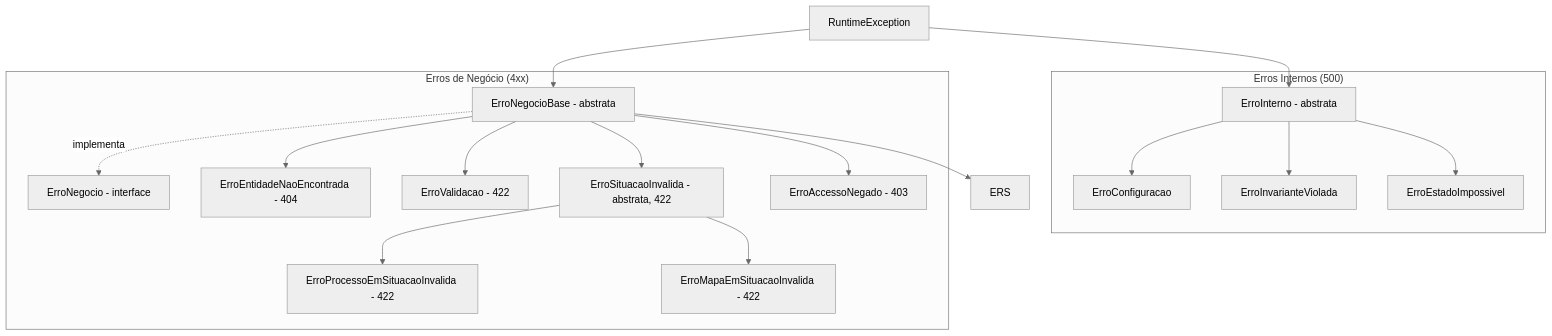
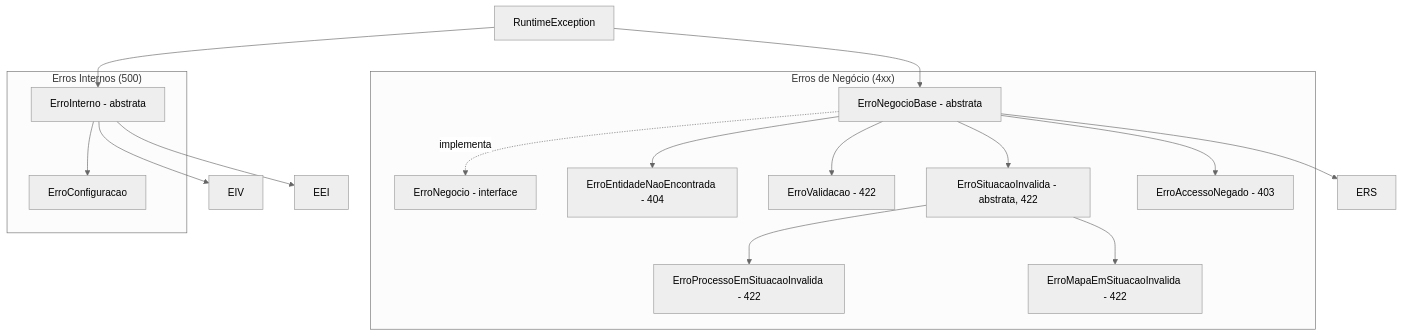
Before and after one commit to lgalvao/sgc: the sixth of 7 diagrams in backend/etc/docs/backend-padroes.md, drawn with Mermaid (neutral theme). The commit also changed 9 other files, not shown here.

````diff
--- a/backend/etc/docs/backend-padroes.md
+++ b/backend/etc/docs/backend-padroes.md
@@ -468,37 +468,35 @@
 ```mermaid
 graph TD
     RE[RuntimeException]
     
     subgraph "Erros Internos (500)"
         EI[ErroInterno - abstrata]
         EC[ErroConfiguracao]
-        EIV[ErroInvarianteViolada]
-        EEI[ErroEstadoImpossivel]
     end
     
     subgraph "Erros de Negócio (4xx)"
         ENB[ErroNegocioBase - abstrata]
         EN[ErroNegocio - interface]
         EE[ErroEntidadeNaoEncontrada - 404]
         EV[ErroValidacao - 422]
         ESI[ErroSituacaoInvalida - abstrata, 422]
         EPSI[ErroProcessoEmSituacaoInvalida - 422]
         EMSI[ErroMapaEmSituacaoInvalida - 422]
         EAN[ErroAccessoNegado - 403]
     end
     
     RE --> EI
     EI --> EC
     EI --> EIV
     EI --> EEI
     
     RE --> ENB
     ENB -.implementa.-> EN
     ENB --> EE
     ENB --> EV
     ENB --> ESI
     ENB --> EAN
     ENB --> ERS
     ESI --> EPSI
     ESI --> EMSI
 ```
````
